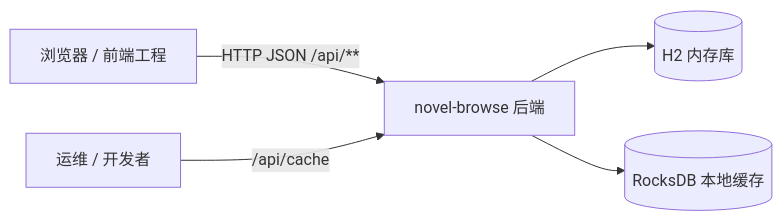
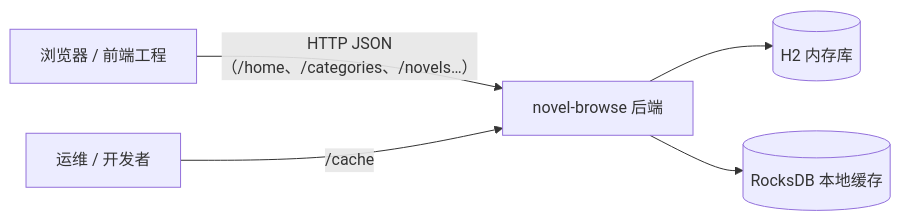
One commit to javafx2010/novel-backend changed the first of 3 diagrams in docs/01-架构设计.md. Above: the diagram before and after it, drawn with Mermaid. The commit also changed other lines of this file and 11 other files, not shown here.

````diff
--- a/docs/01-架构设计.md
+++ b/docs/01-架构设计.md
@@ -5,7 +5,7 @@
 ```mermaid
 graph LR
-    Browser[浏览器 / 前端工程] -->|HTTP JSON /api/**| API[novel-browse 后端]
+    Browser[浏览器 / 前端工程] -->|HTTP JSON（/home、/categories、/novels…）| API[novel-browse 后端]
     API --> DB[(H2 内存库)]
     API --> Cache[(RocksDB 本地缓存)]
-    Ops[运维 / 开发者] -->|/api/cache| API
+    Ops[运维 / 开发者] -->|/cache| API
 ```
````
